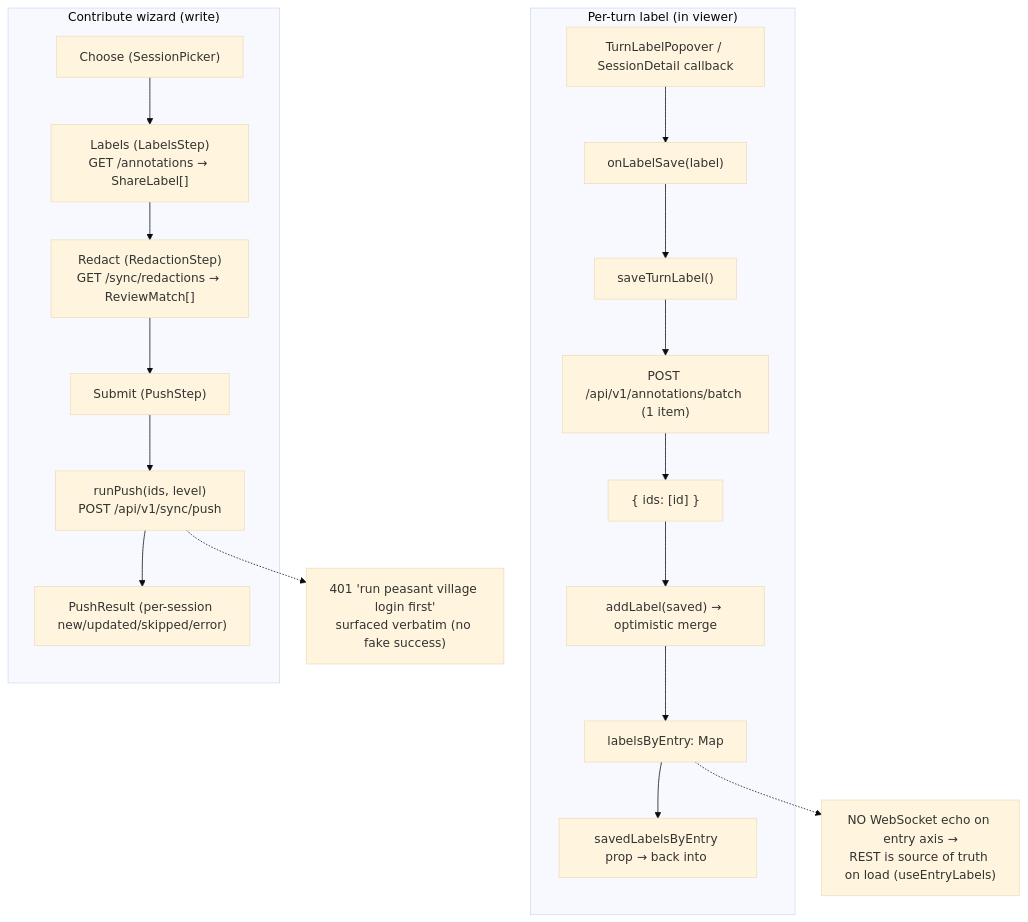
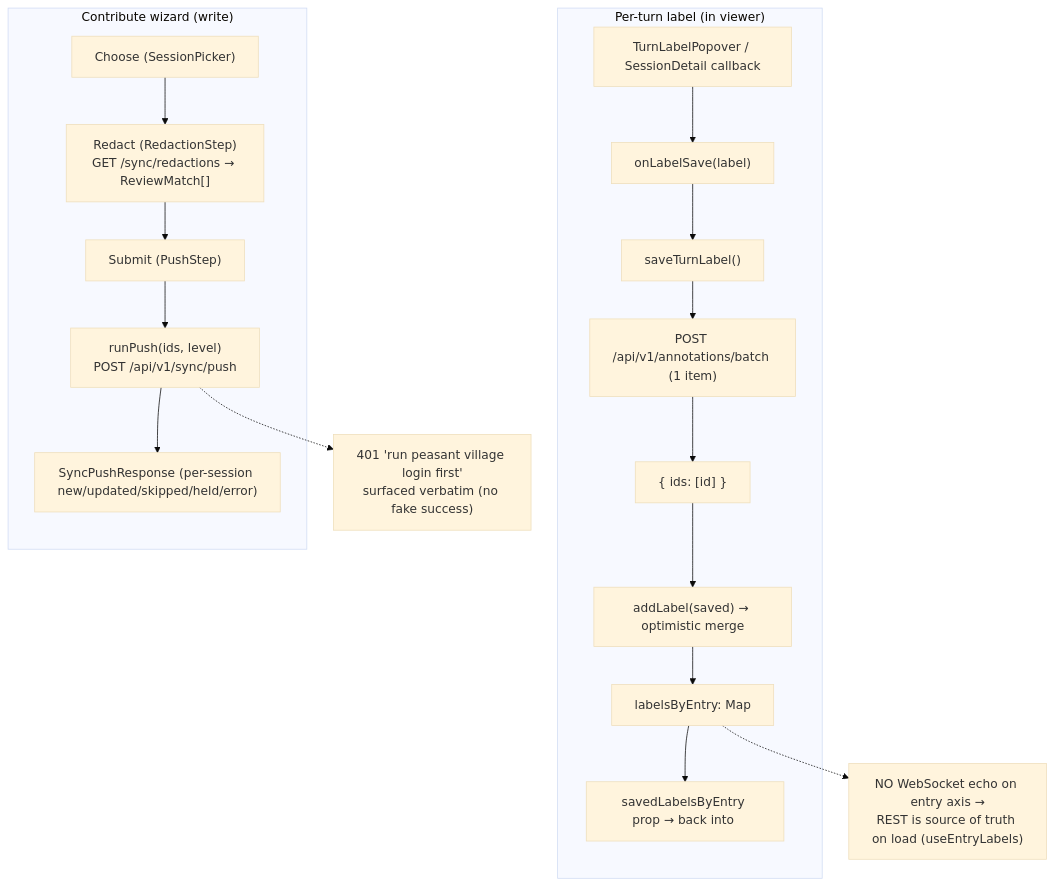
One commit to peasant-labs/peasant changed the second of 3 diagrams in web/docs/data-binding.md. Above: the diagram before and after it, drawn with Mermaid (base theme). The commit also changed other lines of this file and 60 other files, not shown here.

````diff
--- a/web/docs/data-binding.md
+++ b/web/docs/data-binding.md
@@ -167,28 +166,27 @@
 ```mermaid
 flowchart TD
   subgraph LBL["Per-turn label (in viewer)"]
     POP["TurnLabelPopover / SessionDetail callback"]
     CB["onLabelSave(label)"]
     SAVE["saveTurnLabel()"]
     BATCH["POST /api/v1/annotations/batch (1 item)"]
     IDS["{ ids: [id] }"]
     OPT["addLabel(saved) → optimistic merge"]
     MAP["labelsByEntry: Map<entryIndex, SavedTurnLabel[]>"]
     BACK["savedLabelsByEntry prop → back into <SessionDetail>"]
     POP --> CB --> SAVE --> BATCH --> IDS --> OPT --> MAP --> BACK
   end
   NOTE1["NO WebSocket echo on entry axis →\nREST is source of truth on load (useEntryLabels)"]
   MAP -.-> NOTE1
 
   subgraph SHARE["Contribute wizard (write)"]
     W1["Choose (SessionPicker)"]
-    W2["Labels (LabelsStep)\nGET /annotations → ShareLabel[]"]
     W3["Redact (RedactionStep)\nGET /sync/redactions → ReviewMatch[]"]
     W4["Submit (PushStep)"]
     PUSH["runPush(ids, level)\nPOST /api/v1/sync/push"]
-    RES["PushResult (per-session new/updated/skipped/error)"]
-    W1 --> W2 --> W3 --> W4 --> PUSH --> RES
+    RES["SyncPushResponse (per-session new/updated/skipped/held/error)"]
+    W1 --> W3 --> W4 --> PUSH --> RES
   end
   ERR["401 'run peasant village login first'\nsurfaced verbatim (no fake success)"]
   PUSH -.-> ERR
 ```
````
